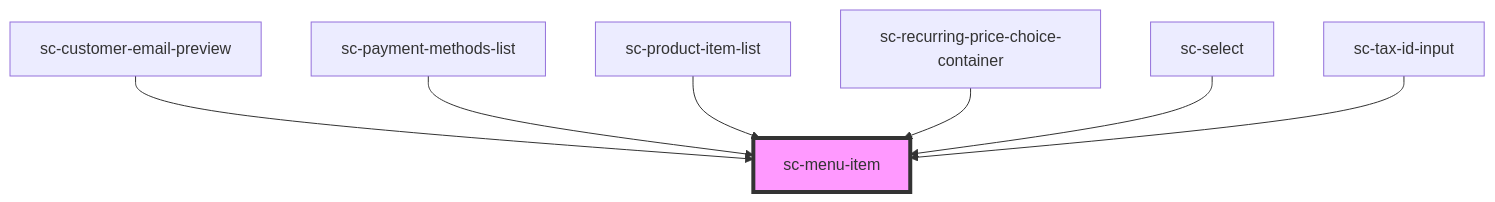
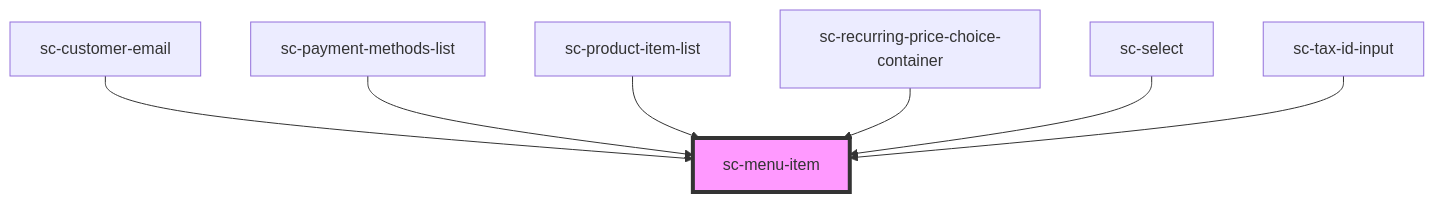
Before and after one commit to surecart/surecart-wp-plugin: the diagram in packages/components/src/components/ui/menu-item/readme.md, drawn with Mermaid. The commit also changed other lines of this file and 17 other files, not shown here.

````diff
--- a/packages/components/src/components/ui/menu-item/readme.md
+++ b/packages/components/src/components/ui/menu-item/readme.md
@@ -69,10 +69,10 @@
 ```mermaid
 graph TD;
-  sc-customer-email-preview --> sc-menu-item
+  sc-customer-email --> sc-menu-item
   sc-payment-methods-list --> sc-menu-item
   sc-product-item-list --> sc-menu-item
   sc-recurring-price-choice-container --> sc-menu-item
   sc-select --> sc-menu-item
   sc-tax-id-input --> sc-menu-item
   style sc-menu-item fill:#f9f,stroke:#333,stroke-width:4px
 ```
````
